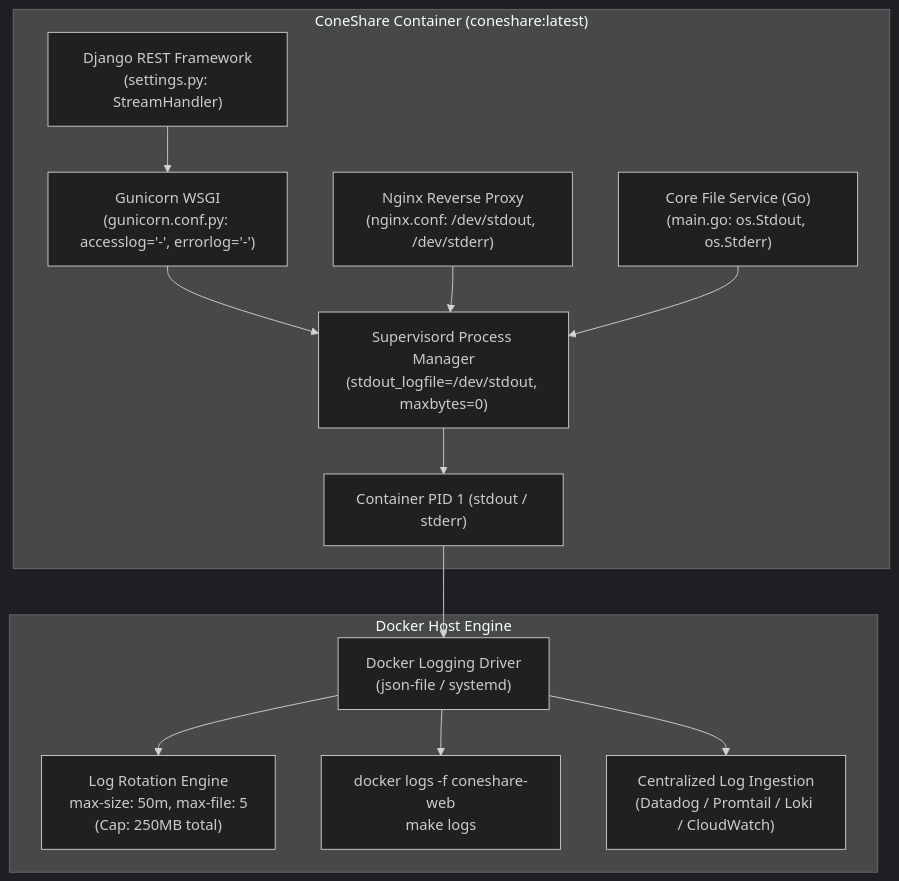
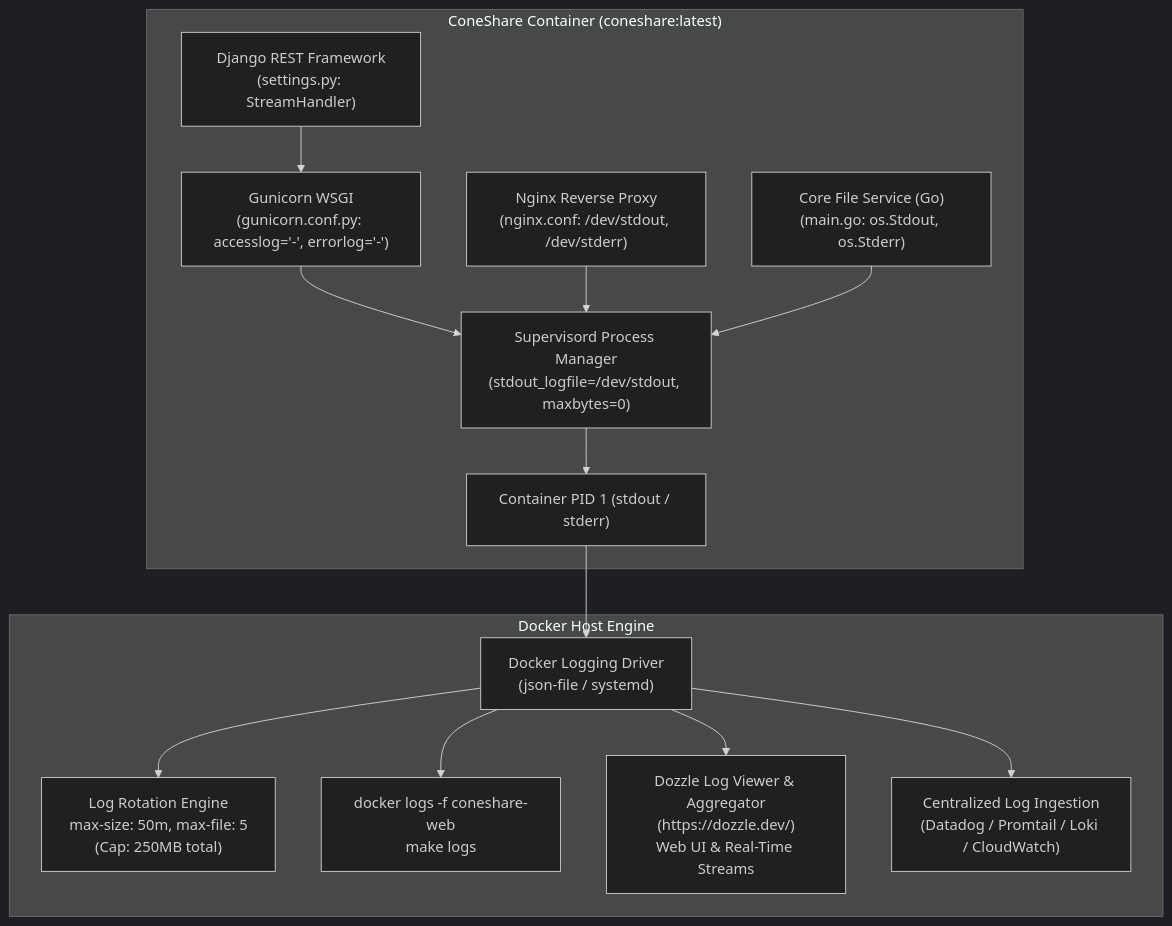
Before and after one commit to coneshare/coneshare: the diagram in docs/strategy/logging-strategy-and-architecture.md, drawn with Mermaid (dark theme). The commit also changed other lines of this file and 2 other files, not shown here.

````diff
--- a/docs/strategy/logging-strategy-and-architecture.md
+++ b/docs/strategy/logging-strategy-and-architecture.md
@@ -24,24 +25,25 @@
 ```mermaid
 flowchart TD
     subgraph ProductionContainer["ConeShare Container (coneshare:latest)"]
         Django["Django REST Framework\n(settings.py: StreamHandler)"]
         Gunicorn["Gunicorn WSGI\n(gunicorn.conf.py: accesslog='-', errorlog='-')"]
         Nginx["Nginx Reverse Proxy\n(nginx.conf: /dev/stdout, /dev/stderr)"]
         CoreServ["Core File Service (Go)\n(main.go: os.Stdout, os.Stderr)"]
 
         Supervisor["Supervisord Process Manager\n(stdout_logfile=/dev/stdout, maxbytes=0)"]
 
         Django --> Gunicorn
         Gunicorn --> Supervisor
         Nginx --> Supervisor
         CoreServ --> Supervisor
         Supervisor --> ContainerPID1["Container PID 1 (stdout / stderr)"]
     end
 
     subgraph HostSystem["Docker Host Engine"]
         ContainerPID1 --> DockerDaemon["Docker Logging Driver\n(json-file / systemd)"]
         DockerDaemon --> RotationEngine["Log Rotation Engine\nmax-size: 50m, max-file: 5\n(Cap: 250MB total)"]
         DockerDaemon --> DockerCLI["docker logs -f coneshare-web\nmake logs"]
+        DockerDaemon --> Dozzle["Dozzle Log Viewer & Aggregator\n(https://dozzle.dev/)\nWeb UI & Real-Time Streams"]
         DockerDaemon --> CloudCollectors["Centralized Log Ingestion\n(Datadog / Promtail / Loki / CloudWatch)"]
     end
 ```
````
